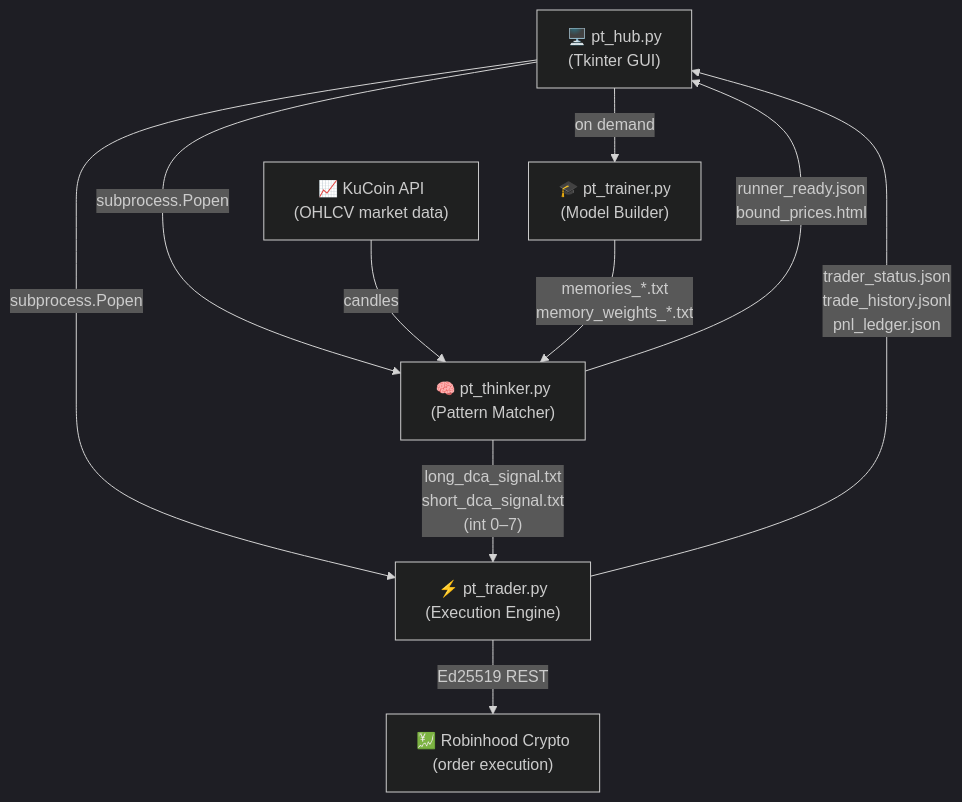
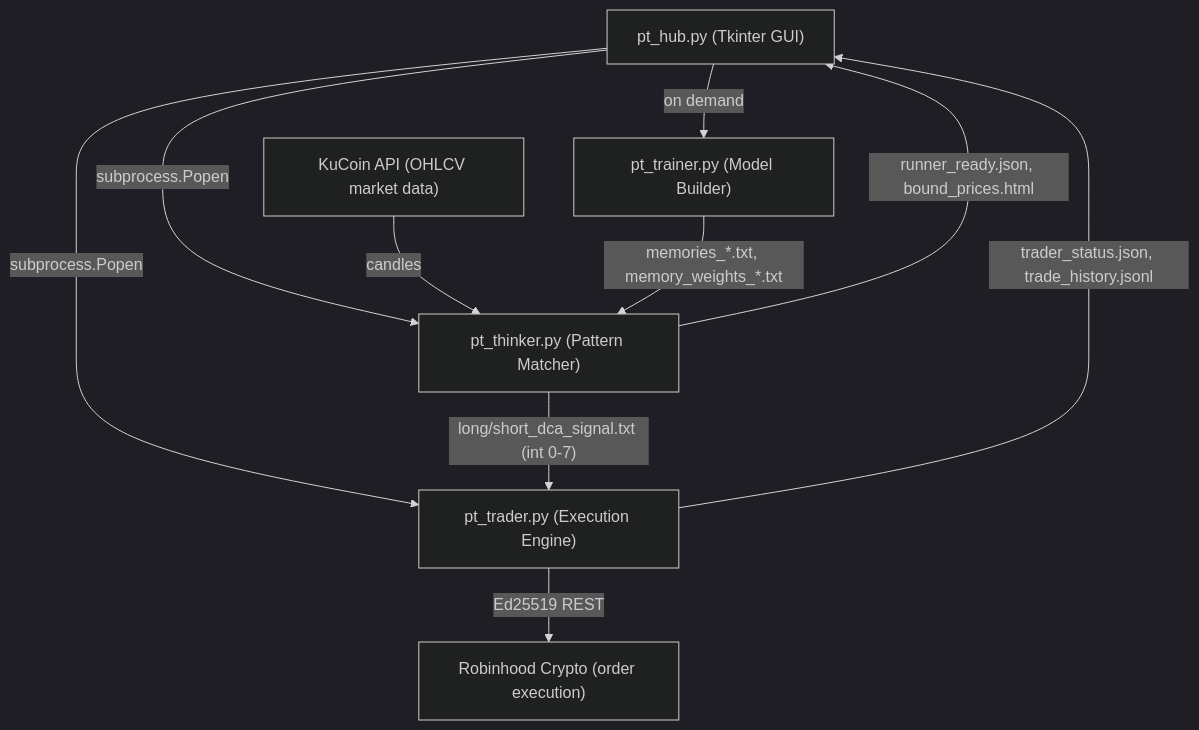
Before and after one commit to JackSmack1971/power-trader-ai: the first of 2 diagrams in README.md, drawn with Mermaid (dark theme). The commit also changed other lines of this file, not shown here.

Commit message:
Fix Mermaid diagrams: replace \n with flat labels for GitHub rendering
GitHub's Mermaid renderer does not support \n inside node or edge labels.
Replaced all \n occurrences with single-line text and removed emojis from
node IDs to fix the 'Cannot read properties of undefined (reading render)'
error on both architecture diagrams.

````diff
--- a/README.md
+++ b/README.md
@@ -61,20 +61,20 @@
 ```mermaid
 graph TD
-    HUB["🖥️ pt_hub.py\n(Tkinter GUI)"]
-    THINKER["🧠 pt_thinker.py\n(Pattern Matcher)"]
-    TRADER["⚡ pt_trader.py\n(Execution Engine)"]
-    TRAINER["🎓 pt_trainer.py\n(Model Builder)"]
-    KUCOIN["📈 KuCoin API\n(OHLCV market data)"]
-    ROBINHOOD["💹 Robinhood Crypto\n(order execution)"]
+    HUB["pt_hub.py (Tkinter GUI)"]
+    THINKER["pt_thinker.py (Pattern Matcher)"]
+    TRADER["pt_trader.py (Execution Engine)"]
+    TRAINER["pt_trainer.py (Model Builder)"]
+    KUCOIN["KuCoin API (OHLCV market data)"]
+    ROBINHOOD["Robinhood Crypto (order execution)"]
 
     HUB -->|subprocess.Popen| THINKER
     HUB -->|subprocess.Popen| TRADER
     HUB -->|on demand| TRAINER
 
     KUCOIN -->|candles| THINKER
-    THINKER -->|"long_dca_signal.txt\nshort_dca_signal.txt\n(int 0–7)"| TRADER
-    THINKER -->|"runner_ready.json\nbound_prices.html"| HUB
+    THINKER -->|"long/short_dca_signal.txt (int 0-7)"| TRADER
+    THINKER -->|"runner_ready.json, bound_prices.html"| HUB
     TRADER -->|Ed25519 REST| ROBINHOOD
-    TRADER -->|"trader_status.json\ntrade_history.jsonl\npnl_ledger.json"| HUB
-    TRAINER -->|"memories_*.txt\nmemory_weights_*.txt"| THINKER
+    TRADER -->|"trader_status.json, trade_history.jsonl"| HUB
+    TRAINER -->|"memories_*.txt, memory_weights_*.txt"| THINKER
 ```
````
